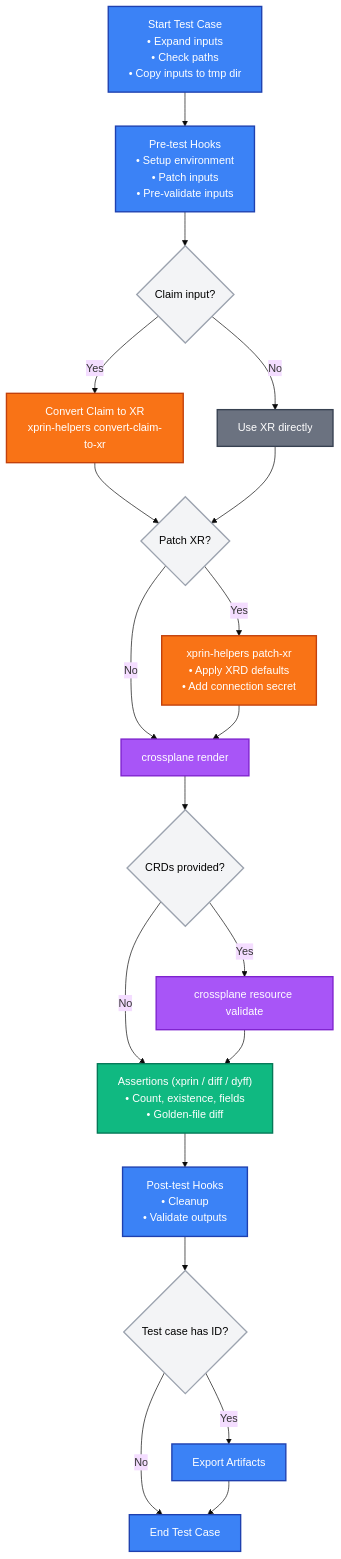
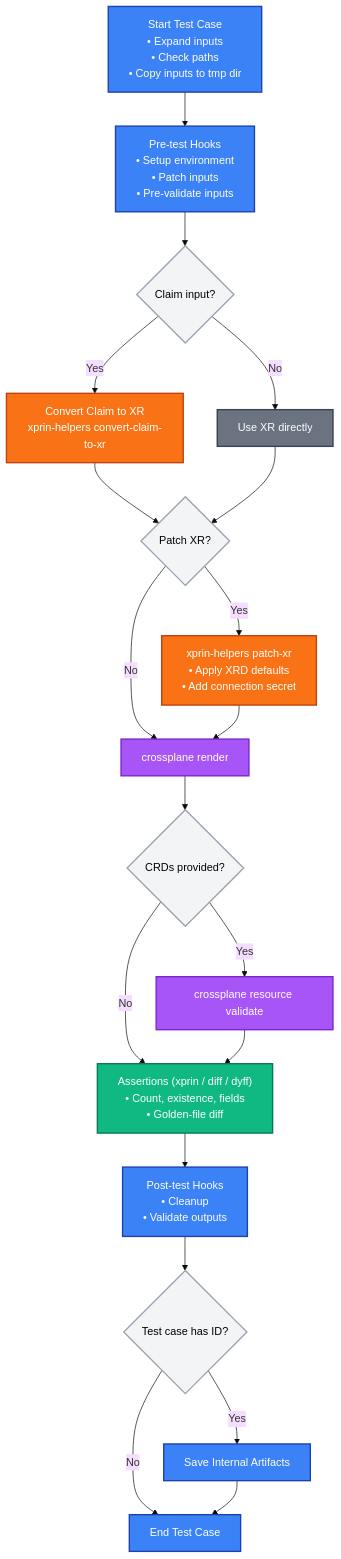
One commit to crossplane-contrib/xprin changed the second of 3 diagrams in docs/how-it-works.md. Above: the diagram before and after it, drawn with Mermaid (base theme). The commit also changed other lines of this file and 14 other files, not shown here.

First line of the commit message:
refactor(runner): name internal and external artifacts consistently

````diff
--- a/docs/how-it-works.md
+++ b/docs/how-it-works.md
@@ -47,36 +47,36 @@
 ```mermaid
 flowchart TD
     A["Start Test Case<br/>• Expand inputs<br/>• Check paths<br/>• Copy inputs to tmp dir"] --> B["Pre-test Hooks<br/>• Setup environment<br/>• Patch inputs<br/>• Pre-validate inputs"]
     B --> C{"Claim input?"}
     C -->|Yes| D["Convert Claim to XR<br/>xprin-helpers convert-claim-to-xr"]
     C -->|No| E["Use XR directly"]
     D --> F{"Patch XR?"}
     E --> F
     F -->|Yes| G["xprin-helpers patch-xr<br/>• Apply XRD defaults<br/>• Add connection secret"]
     F -->|No| I["crossplane render"]
     G --> I
     I --> J{"CRDs provided?"}
     J -->|Yes| K["crossplane resource validate"]
     J -->|No| L["Assertions (xprin / diff / dyff)<br/>• Count, existence, fields<br/>• Golden-file diff"]
     K --> L
     L --> M["Post-test Hooks<br/>• Cleanup<br/>• Validate outputs"]
     M --> N{"Test case has ID?"}
-    N -->|Yes| O["Export Artifacts"]
+    N -->|Yes| O["Save Internal Artifacts"]
     N -->|No| P["End Test Case"]
     O --> P
 
     %% Color scheme: Group related operations with white text for readability
     classDef xprin fill:#3b82f6,stroke:#1e40af,stroke-width:2px,color:#fff
     classDef xprinHelpers fill:#f97316,stroke:#c2410c,stroke-width:2px,color:#fff
     classDef crossplane fill:#a855f7,stroke:#7e22ce,stroke-width:2px,color:#fff
     classDef validation fill:#10b981,stroke:#047857,stroke-width:2px,color:#fff
     classDef neutral fill:#6b7280,stroke:#374151,stroke-width:2px,color:#fff
     classDef decision fill:#f3f4f6,stroke:#9ca3af,stroke-width:2px,color:#000
 
     class A,B,M,O,P xprin
     class D,G xprinHelpers
     class I,K crossplane
     class L validation
     class E neutral
     class C,F,J,N decision
 ```
````
